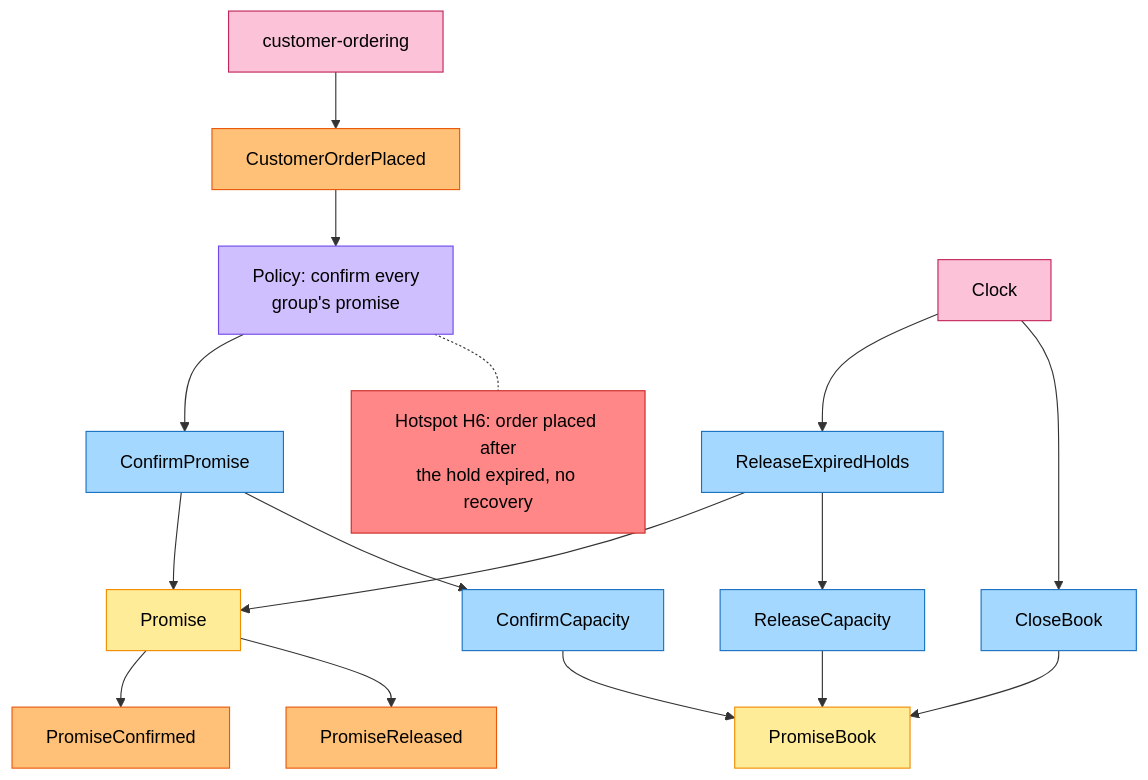
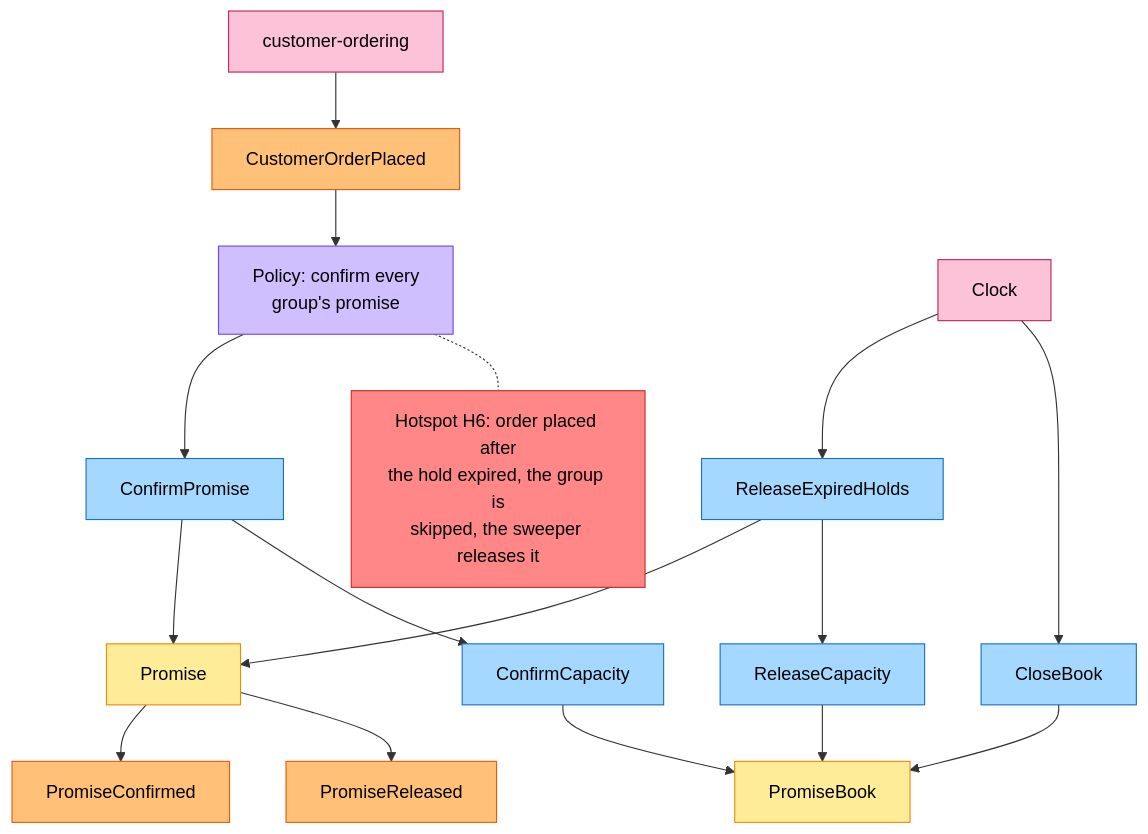
Before and after one commit to IQVO/warehouse-docs: the fifth of 7 diagrams in network/docs/contexts/delivery-promise/eventstorming.md, drawn with Mermaid. The commit also changed other lines of this file and 5 other files, not shown here.

````diff
--- a/network/docs/contexts/delivery-promise/eventstorming.md
+++ b/network/docs/contexts/delivery-promise/eventstorming.md
@@ -212,39 +212,39 @@
 ```mermaid
 flowchart TB
     classDef command fill:#a5d8ff,stroke:#1971c2,color:#000
     classDef aggregate fill:#ffec99,stroke:#f08c00,color:#000
     classDef event fill:#ffc078,stroke:#e8590c,color:#000
     classDef policy fill:#d0bfff,stroke:#7048e8,color:#000
     classDef readmodel fill:#b2f2bb,stroke:#2f9e44,color:#000
     classDef external fill:#fcc2d7,stroke:#c2255c,color:#000
     classDef hotspot fill:#ff8787,stroke:#c92a2a,color:#000
     CO["customer-ordering"]:::external
     E0["CustomerOrderPlaced"]:::event
     P0["Policy: confirm every<br/>group's promise"]:::policy
     C1["ConfirmPromise"]:::command
     G1["Promise"]:::aggregate
     E1["PromiseConfirmed"]:::event
     C2["ConfirmCapacity"]:::command
     G2["PromiseBook"]:::aggregate
     CK["Clock"]:::external
     C3["ReleaseExpiredHolds"]:::command
     E3["PromiseReleased"]:::event
     C4["ReleaseCapacity"]:::command
     C5["CloseBook"]:::command
-    H6["Hotspot H6: order placed after<br/>the hold expired, no recovery"]:::hotspot
+    H6["Hotspot H6: order placed after<br/>the hold expired, the group is<br/>skipped, the sweeper releases it"]:::hotspot
     CO --> E0
     E0 --> P0
     P0 --> C1
     C1 --> G1
     G1 --> E1
     C1 --> C2
     C2 --> G2
     CK --> C3
     C3 --> G1
     G1 --> E3
     C3 --> C4
     C4 --> G2
     CK --> C5
     C5 --> G2
     P0 -.- H6
 ```
````
